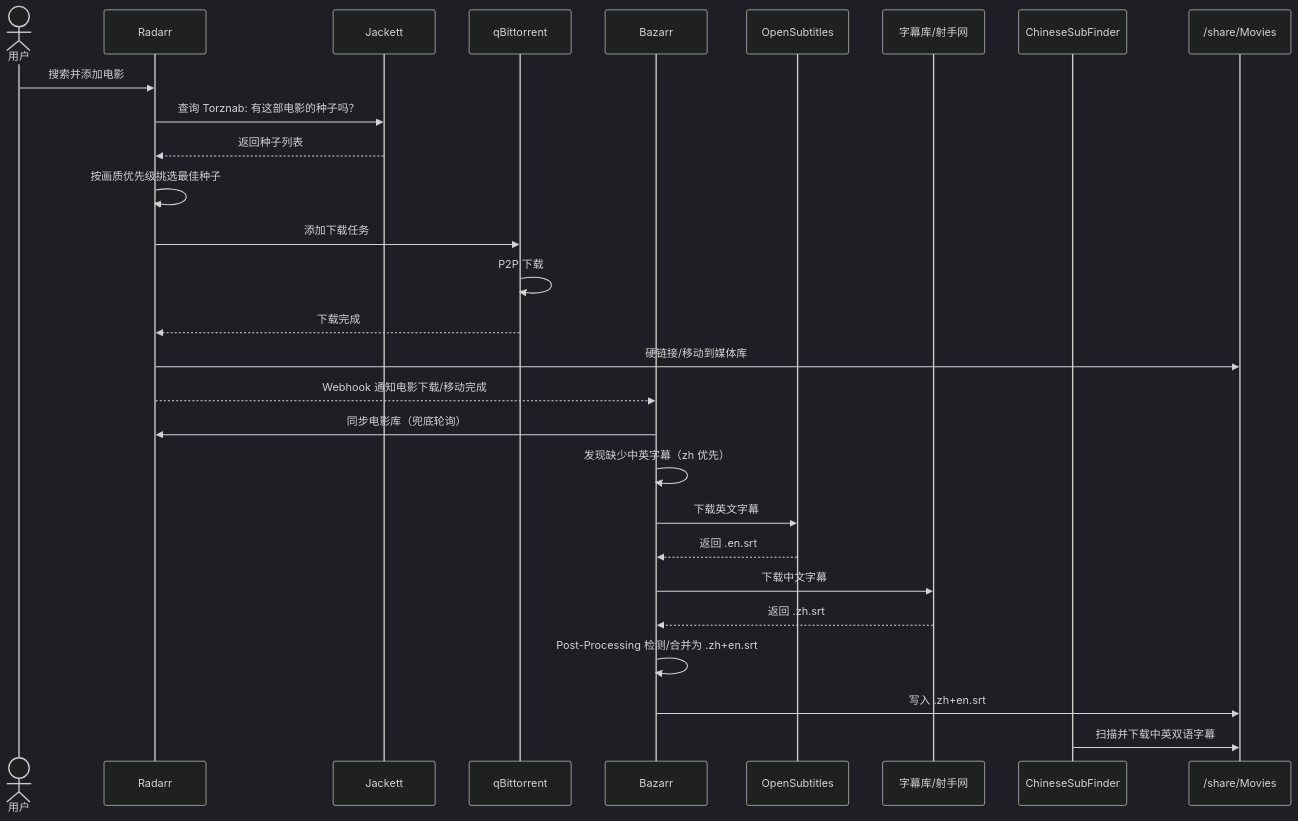
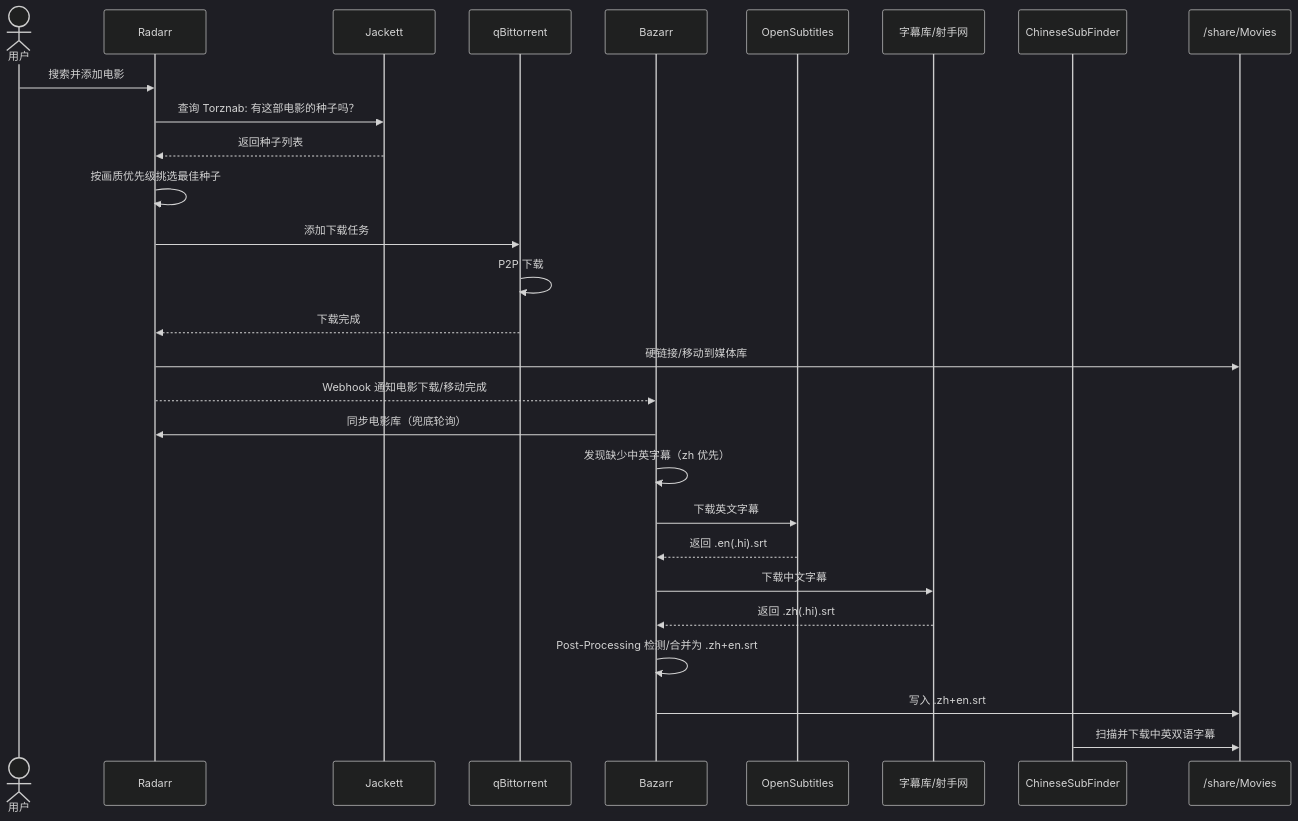
Before and after one commit to puppylpg/puppylpg.github.io: the second of 2 diagrams in _posts/2026-06-17-raspberry-pi-docker-radarr-jackett-qbittorrent-bazarr.md, drawn with Mermaid (dark theme). The commit also changed other lines of this file, not shown here.

````diff
--- a/_posts/2026-06-17-raspberry-pi-docker-radarr-jackett-qbittorrent-bazarr.md
+++ b/_posts/2026-06-17-raspberry-pi-docker-radarr-jackett-qbittorrent-bazarr.md
@@ -63,31 +63,31 @@
 ```mermaid
 sequenceDiagram
     actor U as 用户
     participant R as Radarr
     participant J as Jackett
     participant Q as qBittorrent
     participant B as Bazarr
     participant OS as OpenSubtitles
     participant Z as 字幕库/射手网
     participant CSF as ChineseSubFinder
     participant S as /share/Movies
 
     U->>R: 搜索并添加电影
     R->>J: 查询 Torznab: 有这部电影的种子吗？
     J-->>R: 返回种子列表
     R->>R: 按画质优先级挑选最佳种子
     R->>Q: 添加下载任务
     Q->>Q: P2P 下载
     Q-->>R: 下载完成
     R->>S: 硬链接/移动到媒体库
     R-->>B: Webhook 通知电影下载/移动完成
     B->>R: 同步电影库（兜底轮询）
     B->>B: 发现缺少中英字幕（zh 优先）
     B->>OS: 下载英文字幕
-    OS-->>B: 返回 .en.srt
+    OS-->>B: 返回 .en(.hi).srt
     B->>Z: 下载中文字幕
-    Z-->>B: 返回 .zh.srt
+    Z-->>B: 返回 .zh(.hi).srt
     B->>B: Post-Processing 检测/合并为 .zh+en.srt
     B->>S: 写入 .zh+en.srt
     CSF->>S: 扫描并下载中英双语字幕
 ```
````
